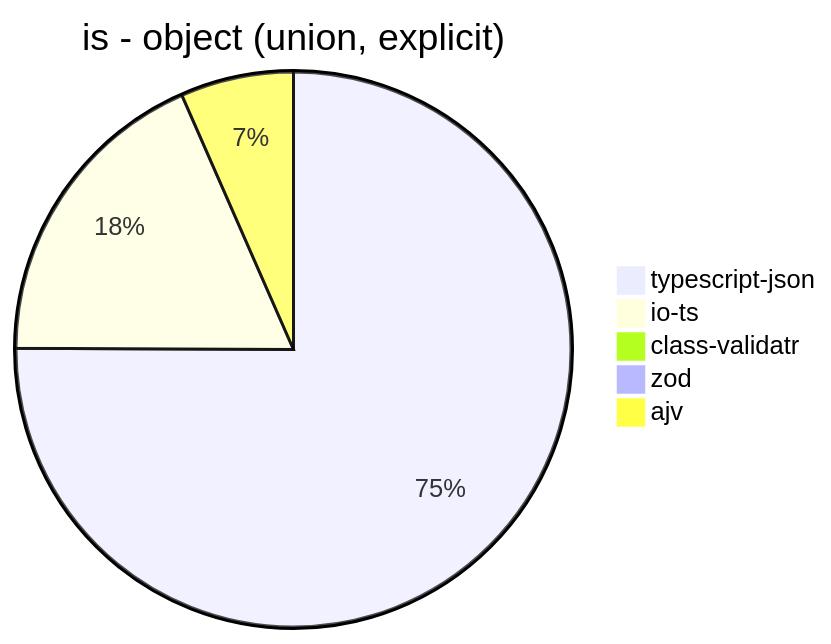
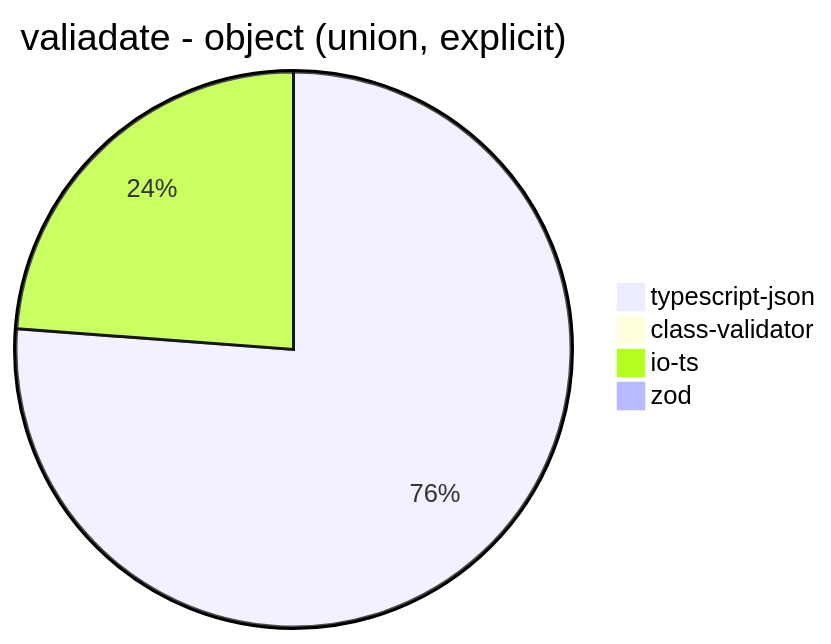
Before and after one commit to samchon/typia: diagram 11 of 32 in benchmark/results/AMD Ryzen 7 5800H with Radeon Graphics.md, drawn with Mermaid. The commit also changed other lines of this file and 14 other files, not shown here.

Commit message:
Close #243 and Fix #244 - enhance json schema

````diff
--- a/benchmark/results/AMD Ryzen 7 5800H with Radeon Graphics.md
+++ b/benchmark/results/AMD Ryzen 7 5800H with Radeon Graphics.md
@@ -132,8 +136,7 @@
 ```mermaid
-pie title is - object (union, explicit)
-  "typescript-json": 13381.151262030144
-  "io-ts": 3269.589552238806
-  "class-validatr": 0
-  "zod": 33.205619412515965
-  "ajv": 1173.2806608008618
+pie title valiadate - object (union, explicit)
+  "typescript-json": 3883.5341365461845
+  "class-validator": 0
+  "io-ts": 1213.1057268722466
+  "zod": 34.28358487050494
 ```
````
